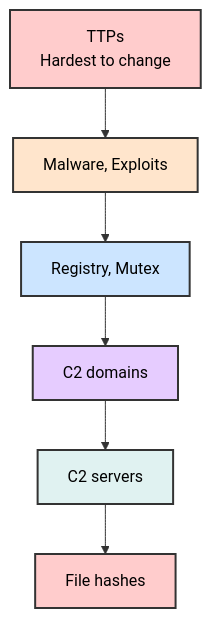
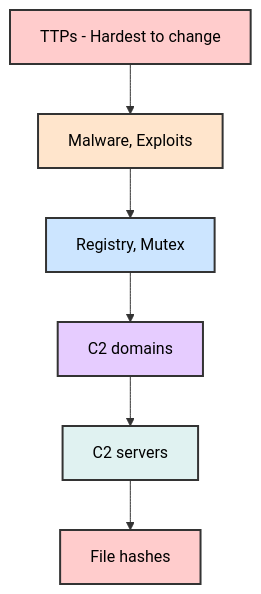
Before and after one commit to manojxshrestha/SOC-Analyst-Cheatsheet: diagram 11 of 29 in 1-Incident-Handling-Process/README.md, drawn with Mermaid. The commit also changed other lines of this file, not shown here.

````diff
--- a/1-Incident-Handling-Process/README.md
+++ b/1-Incident-Handling-Process/README.md
@@ -420,11 +420,11 @@
 ```mermaid
 graph TD
-    A["TTPs<br/>Hardest to change"] --> B["Malware, Exploits"] --> C["Registry, Mutex"] --> D["C2 domains"] --> E["C2 servers"] --> F["File hashes"]
+    A[TTPs - Hardest to change] --> B[Malware, Exploits] --> C[Registry, Mutex] --> D[C2 domains] --> E[C2 servers] --> F[File hashes]
     
     style A fill:#ffcccc,stroke:#333,stroke-width:2px,color:#000
     style B fill:#ffe5cc,stroke:#333,stroke-width:2px,color:#000
     style C fill:#cce5ff,stroke:#333,stroke-width:2px,color:#000
     style D fill:#e6ccff,stroke:#333,stroke-width:2px,color:#000
     style E fill:#e0f2f1,stroke:#333,stroke-width:2px,color:#000
     style F fill:#ffcccc,stroke:#333,stroke-width:2px,color:#000
 ```
````
